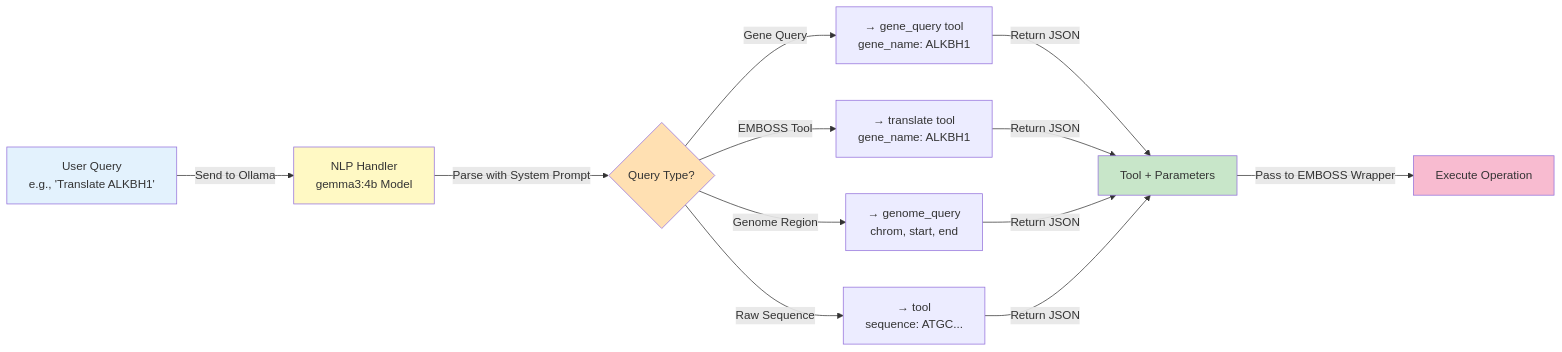
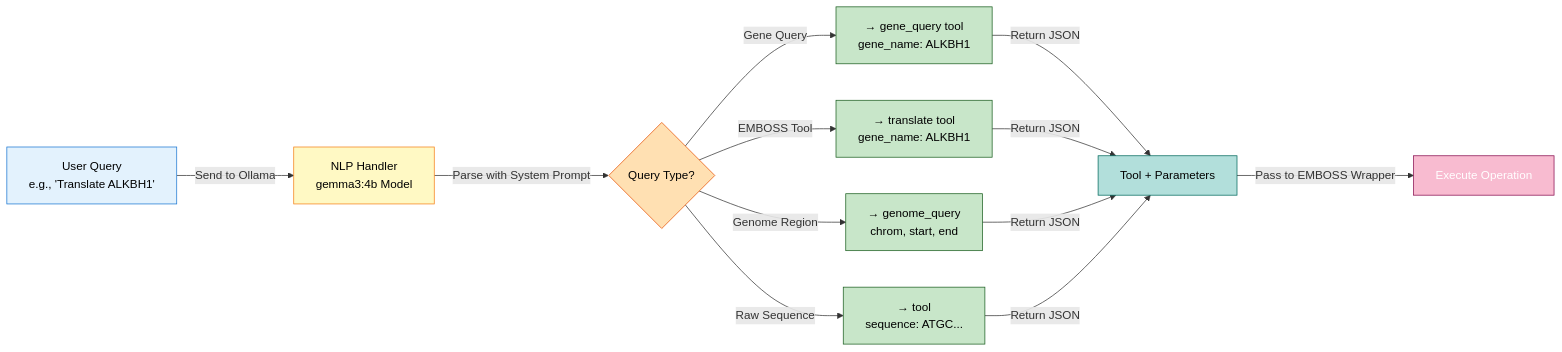
The second of 9 diagrams in ARCHITECTURE.md (caagendaz/BME110-final), drawn with Mermaid before and after one commit. The commit also changed other lines of this file, not shown here.

First line of the commit message:
Improve Mermaid diagram readability - better colors and layout

````diff
--- a/ARCHITECTURE.md
+++ b/ARCHITECTURE.md
@@ -60,24 +60,28 @@
 ```mermaid
 graph LR
     A["User Query<br/>e.g., 'Translate ALKBH1'"] -->|Send to Ollama| B["NLP Handler<br/>gemma3:4b Model"]
     
     B -->|Parse with System Prompt| C{Query Type?}
     
     C -->|Gene Query| D["→ gene_query tool<br/>gene_name: ALKBH1"]
     C -->|EMBOSS Tool| E["→ translate tool<br/>gene_name: ALKBH1"]
     C -->|Genome Region| F["→ genome_query<br/>chrom, start, end"]
     C -->|Raw Sequence| G["→ tool<br/>sequence: ATGC..."]
     
     D -->|Return JSON| H["Tool + Parameters"]
     E -->|Return JSON| H
     F -->|Return JSON| H
     G -->|Return JSON| H
     
     H -->|Pass to EMBOSS Wrapper| I["Execute Operation"]
     
-    style A fill:#e3f2fd
-    style B fill:#fff9c4
-    style C fill:#ffe0b2
-    style H fill:#c8e6c9
-    style I fill:#f8bbd0
+    style A fill:#e3f2fd,stroke:#1976d2,color:#000000
+    style B fill:#fff9c4,stroke:#f57f17,color:#000000
+    style C fill:#ffe0b2,stroke:#e65100,color:#000000
+    style D fill:#c8e6c9,stroke:#1b5e20,color:#000000
+    style E fill:#c8e6c9,stroke:#1b5e20,color:#000000
+    style F fill:#c8e6c9,stroke:#1b5e20,color:#000000
+    style G fill:#c8e6c9,stroke:#1b5e20,color:#000000
+    style H fill:#b2dfdb,stroke:#00695c,color:#000000
+    style I fill:#f8bbd0,stroke:#880e4f,color:#ffffff
 ```
````
